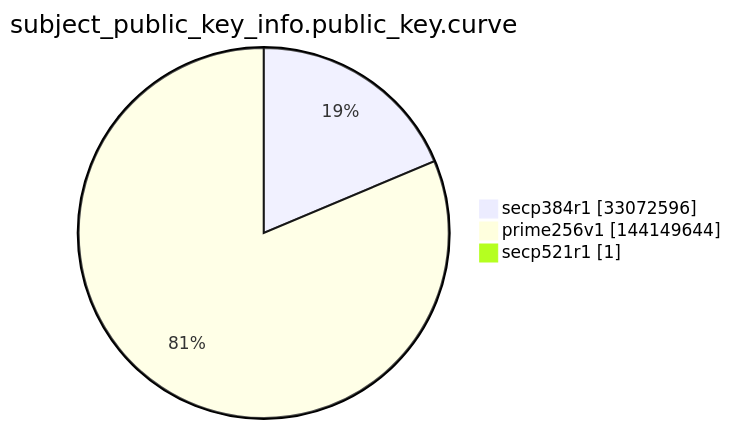
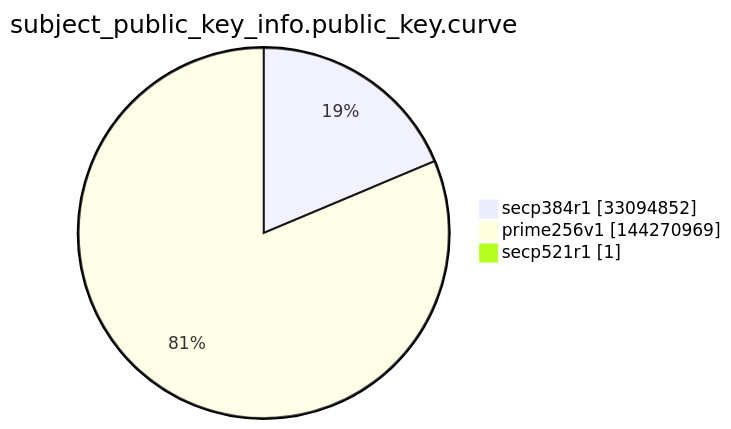
The ninth of 15 diagrams in argon2022/README.md (christiankrug/ctmonitor_visualization), drawn with Mermaid before and after one commit. The commit also changed other lines of this file, not shown here.

````diff
--- a/argon2022/README.md
+++ b/argon2022/README.md
@@ -2764,7 +2764,7 @@
 ```mermaid
 pie showData
 title subject_public_key_info.public_key.curve
-"secp384r1" :33072596
-"prime256v1" :144149644
+"secp384r1" :33094852
+"prime256v1" :144270969
 "secp521r1" :1
 ```
````
